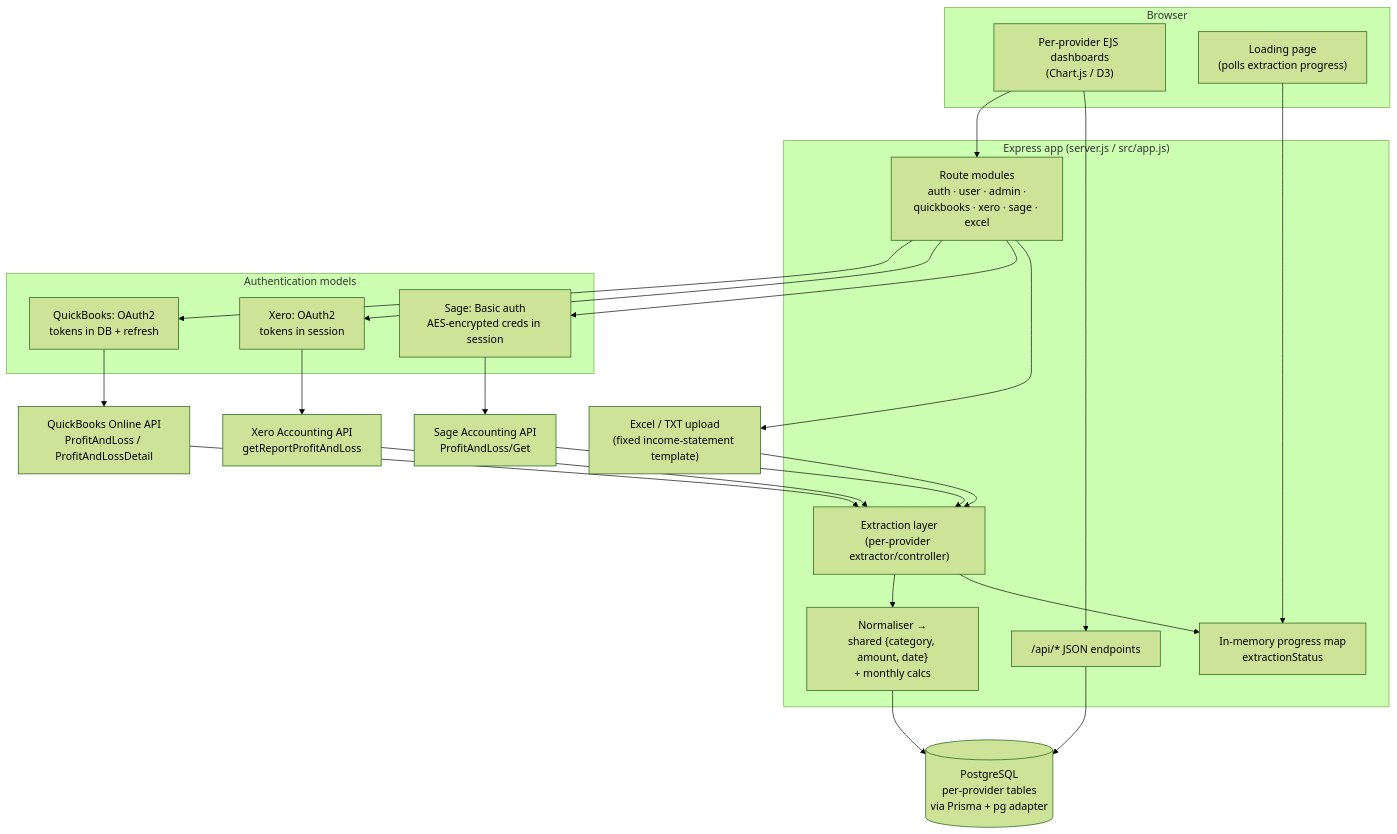
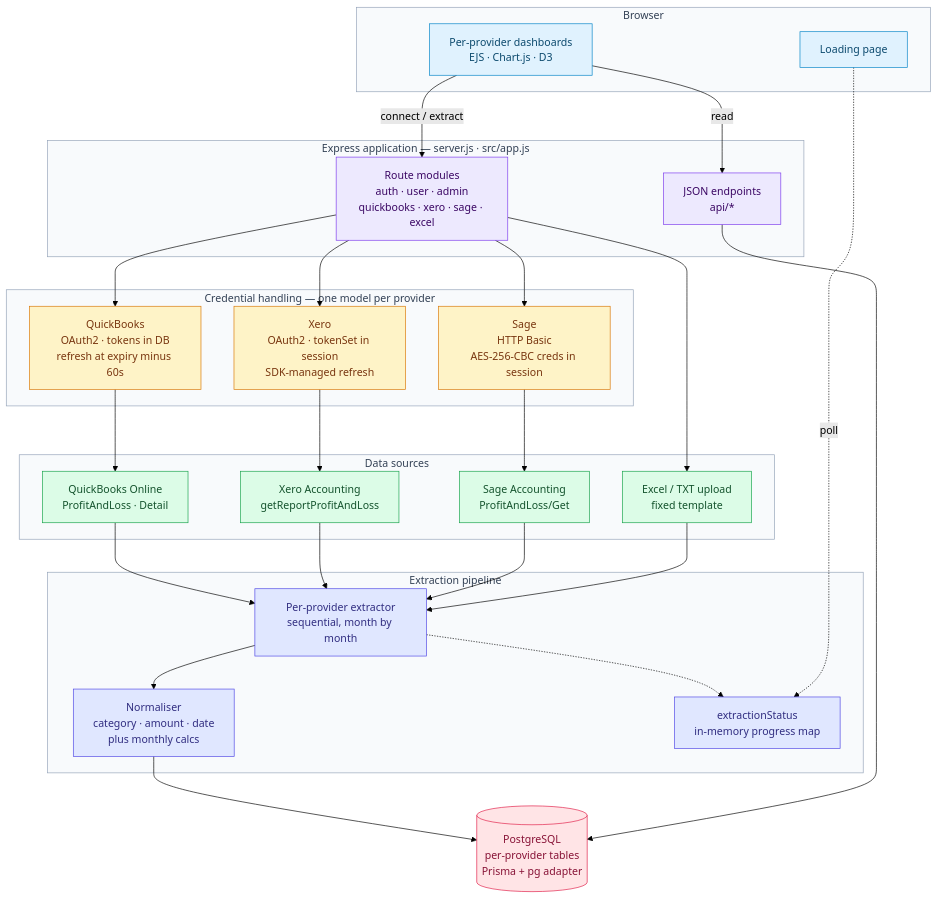
One commit to Kiveshan/BizExecData changed the first of 2 diagrams in README.md. Above: the diagram before and after it, drawn with Mermaid (forest theme). The commit also changed other lines of this file and 1 other file, not shown here.

Commit message:
Remove JWT_SECRET; enhance README with architecture diagrams
Remove unused JWT_SECRET from environment config. Significantly improve README documentation with styled mermaid diagrams: reorganized architecture flowchart with subgraph grouping and color-coded components, and new QuickBooks token lifecycle sequence diagram. Add explicit license section, clarify setup steps, and improve prerequisites/deployment descriptions.

````diff
--- a/README.md
+++ b/README.md
@@ -7,46 +7,71 @@
 ```mermaid
-flowchart TB
-    subgraph Browser
-        DASH["Per-provider EJS dashboards<br/>(Chart.js / D3)"]
-        LOAD["Loading page<br/>(polls extraction progress)"]
+flowchart TD
+    subgraph BROWSER["Browser"]
+        DASH["Per-provider dashboards<br/>EJS · Chart.js · D3"]
+        LOAD["Loading page"]
     end
 
-    subgraph App["Express app (server.js / src/app.js)"]
-        ROUTES["Route modules<br/>auth · user · admin ·<br/>quickbooks · xero · sage · excel"]
-        API["/api/* JSON endpoints"]
-        EXTRACT["Extraction layer<br/>(per-provider extractor/controller)"]
-        NORM["Normaliser →<br/>shared {category, amount, date}<br/>+ monthly calcs"]
-        PROG["In-memory progress map<br/>extractionStatus"]
+    subgraph APP["Express application — server.js · src/app.js"]
+        ROUTES["Route modules<br/>auth · user · admin<br/>quickbooks · xero · sage · excel"]
+        API["JSON endpoints<br/>api/*"]
     end
 
-    subgraph Auth["Authentication models"]
-        QBAUTH["QuickBooks: OAuth2<br/>tokens in DB + refresh"]
-        XAUTH["Xero: OAuth2<br/>tokens in session"]
-        SAUTH["Sage: Basic auth<br/>AES-encrypted creds in session"]
+    subgraph AUTH["Credential handling — one model per provider"]
+        QBAUTH["QuickBooks<br/>OAuth2 · tokens in DB<br/>refresh at expiry minus 60s"]
+        XAUTH["Xero<br/>OAuth2 · tokenSet in session<br/>SDK-managed refresh"]
+        SAUTH["Sage<br/>HTTP Basic<br/>AES-256-CBC creds in session"]
     end
 
-    QBO["QuickBooks Online API<br/>ProfitAndLoss / ProfitAndLossDetail"]
-    XEROAPI["Xero Accounting API<br/>getReportProfitAndLoss"]
-    SAGEAPI["Sage Accounting API<br/>ProfitAndLoss/Get"]
-    XLS["Excel / TXT upload<br/>(fixed income-statement template)"]
+    subgraph SOURCES["Data sources"]
+        QBO["QuickBooks Online<br/>ProfitAndLoss · Detail"]
+        XEROAPI["Xero Accounting<br/>getReportProfitAndLoss"]
+        SAGEAPI["Sage Accounting<br/>ProfitAndLoss/Get"]
+        XLS["Excel / TXT upload<br/>fixed template"]
+    end
 
-    DB[("PostgreSQL<br/>per-provider tables<br/>via Prisma + pg adapter")]
+    subgraph PIPE["Extraction pipeline"]
+        EXTRACT["Per-provider extractor<br/>sequential, month by month"]
+        NORM["Normaliser<br/>category · amount · date<br/>plus monthly calcs"]
+        PROG["extractionStatus<br/>in-memory progress map"]
+    end
 
-    DASH --> ROUTES
-    DASH --> API
-    LOAD --> PROG
+    DB[("PostgreSQL<br/>per-provider tables<br/>Prisma + pg adapter")]
+
+    DASH -->|connect / extract| ROUTES
+    DASH -->|read| API
 
     ROUTES --> QBAUTH --> QBO
     ROUTES --> XAUTH --> XEROAPI
     ROUTES --> SAUTH --> SAGEAPI
     ROUTES --> XLS
 
     QBO --> EXTRACT
     XEROAPI --> EXTRACT
     SAGEAPI --> EXTRACT
     XLS --> EXTRACT
 
     EXTRACT --> NORM --> DB
-    EXTRACT --> PROG
+    EXTRACT -.-> PROG
+    LOAD -.poll.-> PROG
     API --> DB
+
+    classDef browser fill:#e0f2fe,stroke:#0284c7,color:#0c4a6e
+    classDef app fill:#ede9fe,stroke:#7c3aed,color:#3b0764
+    classDef auth fill:#fef3c7,stroke:#d97706,color:#78350f
+    classDef source fill:#dcfce7,stroke:#16a34a,color:#14532d
+    classDef pipe fill:#e0e7ff,stroke:#4f46e5,color:#312e81
+    classDef store fill:#ffe4e6,stroke:#e11d48,color:#881337
+
+    class DASH,LOAD browser
+    class ROUTES,API app
+    class QBAUTH,XAUTH,SAUTH auth
+    class QBO,XEROAPI,SAGEAPI,XLS source
+    class EXTRACT,NORM,PROG pipe
+    class DB store
+
+    style BROWSER fill:#f8fafc,stroke:#94a3b8,color:#334155
+    style APP fill:#f8fafc,stroke:#94a3b8,color:#334155
+    style AUTH fill:#f8fafc,stroke:#94a3b8,color:#334155
+    style SOURCES fill:#f8fafc,stroke:#94a3b8,color:#334155
+    style PIPE fill:#f8fafc,stroke:#94a3b8,color:#334155
 ```
````
